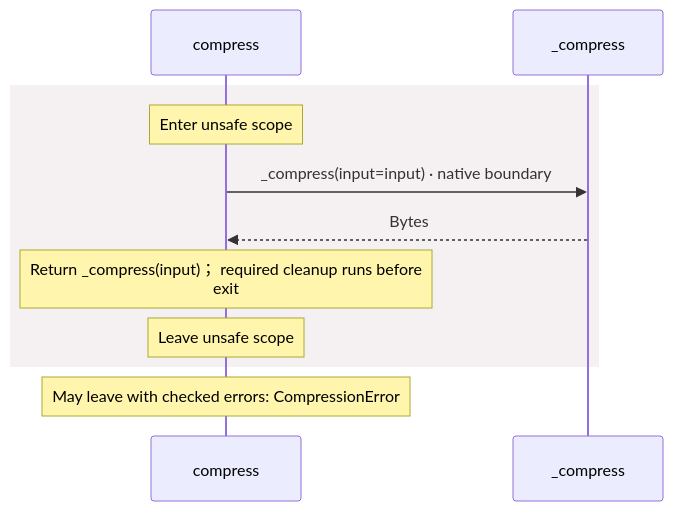
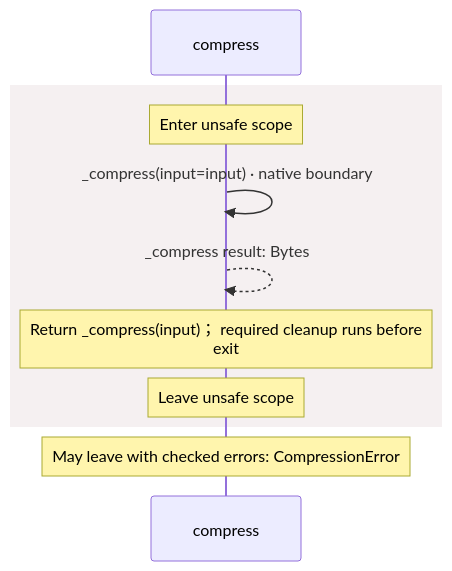
The first of 2 diagrams in docs/examples/native-zlib/dependencies/packages/@greenpandastudios/aug-zlib/0.1.5/api-diagrams.md (GreenPandaStudios/augscript), drawn with Mermaid before and after one commit. The commit also changed other lines of this file and 304 other files, not shown here.

Commit message:
Make generated data-flow sequences concise and review every diagram

````diff
--- a/docs/examples/native-zlib/dependencies/packages/@greenpandastudios/aug-zlib/0.1.5/api-diagrams.md
+++ b/docs/examples/native-zlib/dependencies/packages/@greenpandastudios/aug-zlib/0.1.5/api-diagrams.md
@@ -58,13 +44,13 @@
 ```mermaid
 sequenceDiagram
     participant p0 as compress
-    participant p1 as _compress
+
     rect rgb(245, 240, 241)
     Note over p0: Enter unsafe scope
-    p0->>p1: _compress(input=input) · native boundary
-    p1-->>p0: Bytes
+    p0->>p0: _compress(input=input) · native boundary
+    p0-->>p0: _compress result: Bytes
     Note over p0: Return _compress(input)； required cleanup runs before<br/>exit
     Note over p0: Leave unsafe scope
     end
     Note over p0: May leave with checked errors: CompressionError
 ```
````
